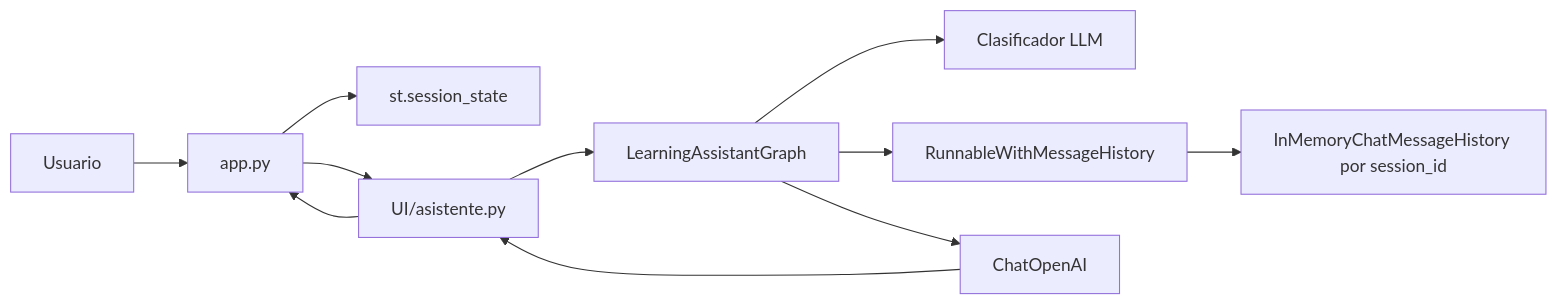
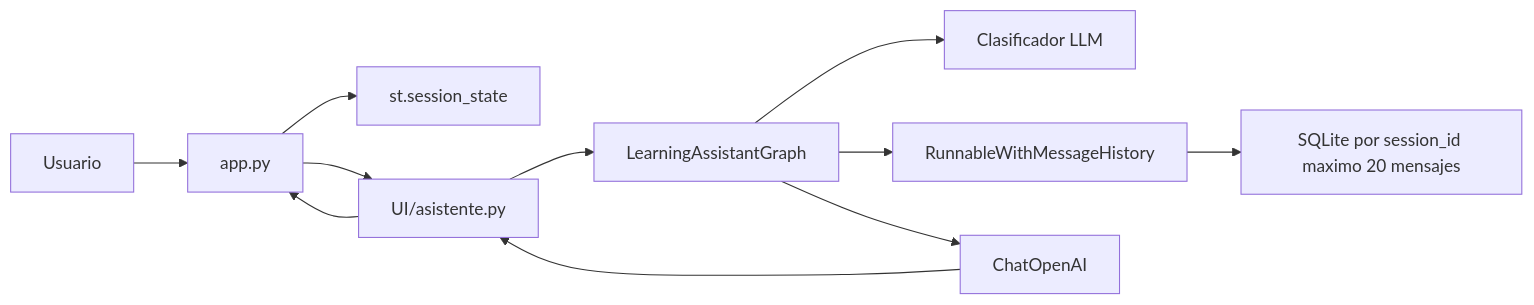
One commit to jose6668/IA-Lanchaing changed the first of 2 diagrams in Documentacion/ARQUITECTURA_PROYECTO.md. Above: the diagram before and after it, drawn with Mermaid. The commit also changed other lines of this file and 9 other files, not shown here.

Commit message:
feat(HU-06): add persistent session memory with cleanup

````diff
--- a/Documentacion/ARQUITECTURA_PROYECTO.md
+++ b/Documentacion/ARQUITECTURA_PROYECTO.md
@@ -57,13 +60,13 @@
 ```mermaid
 flowchart LR
     USER[Usuario] --> APP[app.py]
     APP --> STATE[st.session_state]
     APP --> UI[UI/asistente.py]
     UI --> GRAPH[LearningAssistantGraph]
     GRAPH --> CLASSIFIER[Clasificador LLM]
     GRAPH --> MEMORY[RunnableWithMessageHistory]
-    MEMORY --> STORE[InMemoryChatMessageHistory por session_id]
+    MEMORY --> STORE[SQLite por session_id maximo 20 mensajes]
     GRAPH --> OPENAI[ChatOpenAI]
     OPENAI --> UI
     UI --> APP
 ```
````
